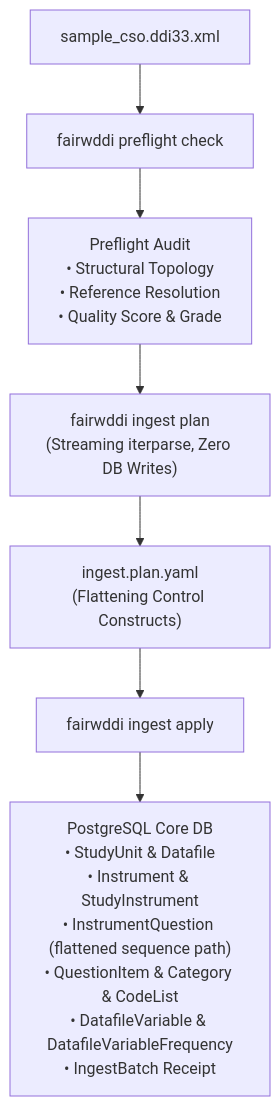
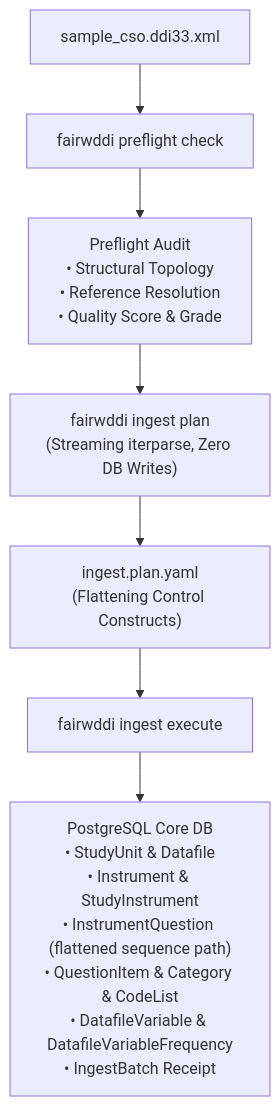
One commit to PlgaH/fairwddi-wp3-3 changed the third of 4 diagrams in deliverables/research/ingestion_workflows.md. Above: the diagram before and after it, drawn with Mermaid. The commit also changed other lines of this file and 7 other files, not shown here.

Commit message:
refactor: rename ingest apply command to execute

````diff
--- a/deliverables/research/ingestion_workflows.md
+++ b/deliverables/research/ingestion_workflows.md
@@ -344,9 +344,9 @@
 ```mermaid
 flowchart TD
     A["sample_cso.ddi33.xml"] --> B["fairwddi preflight check"]
     B --> C["Preflight Audit\n• Structural Topology\n• Reference Resolution\n• Quality Score & Grade"]
     C --> D["fairwddi ingest plan\n(Streaming iterparse, Zero DB Writes)"]
     D --> E["ingest.plan.yaml\n(Flattening Control Constructs)"]
-    E --> F["fairwddi ingest apply"]
+    E --> F["fairwddi ingest execute"]
     F --> G["PostgreSQL Core DB\n• StudyUnit & Datafile\n• Instrument & StudyInstrument\n• InstrumentQuestion (flattened sequence path)\n• QuestionItem & Category & CodeList\n• DatafileVariable & DatafileVariableFrequency\n• IngestBatch Receipt"]
 ```
````
